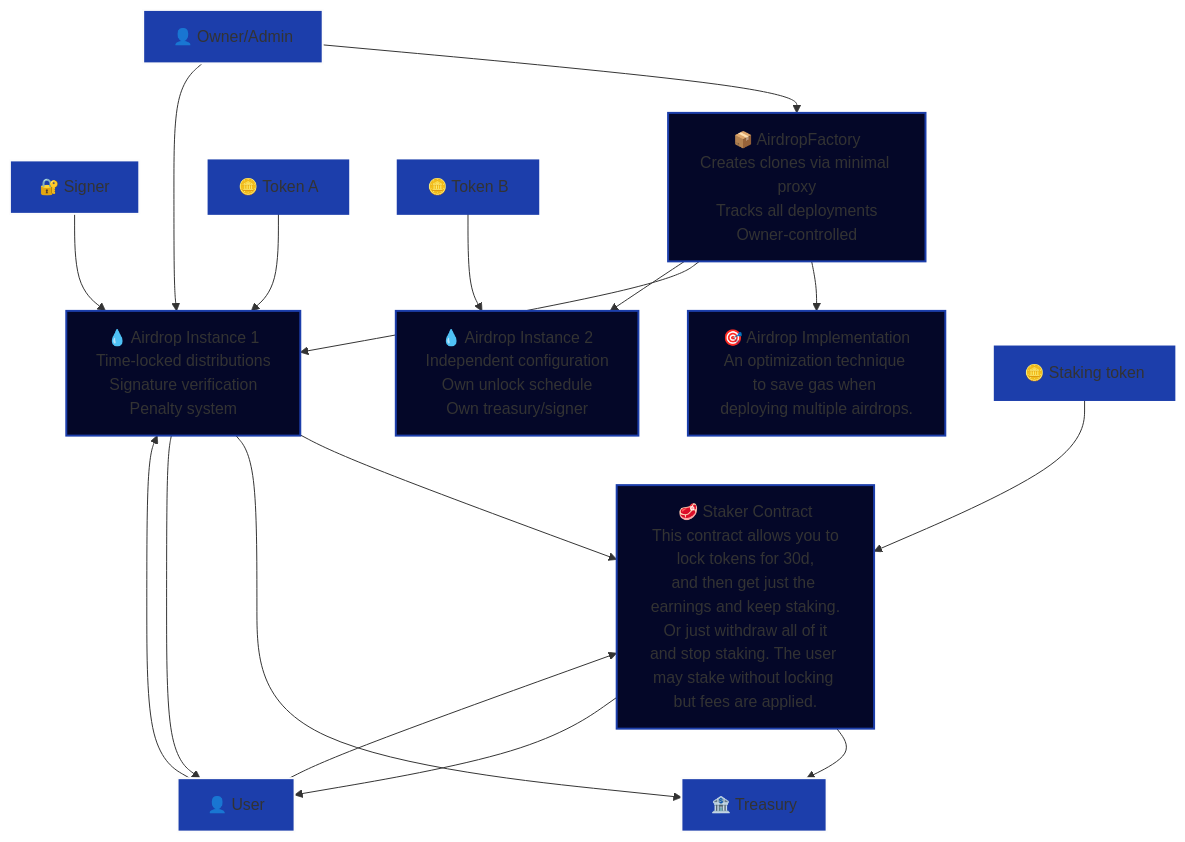
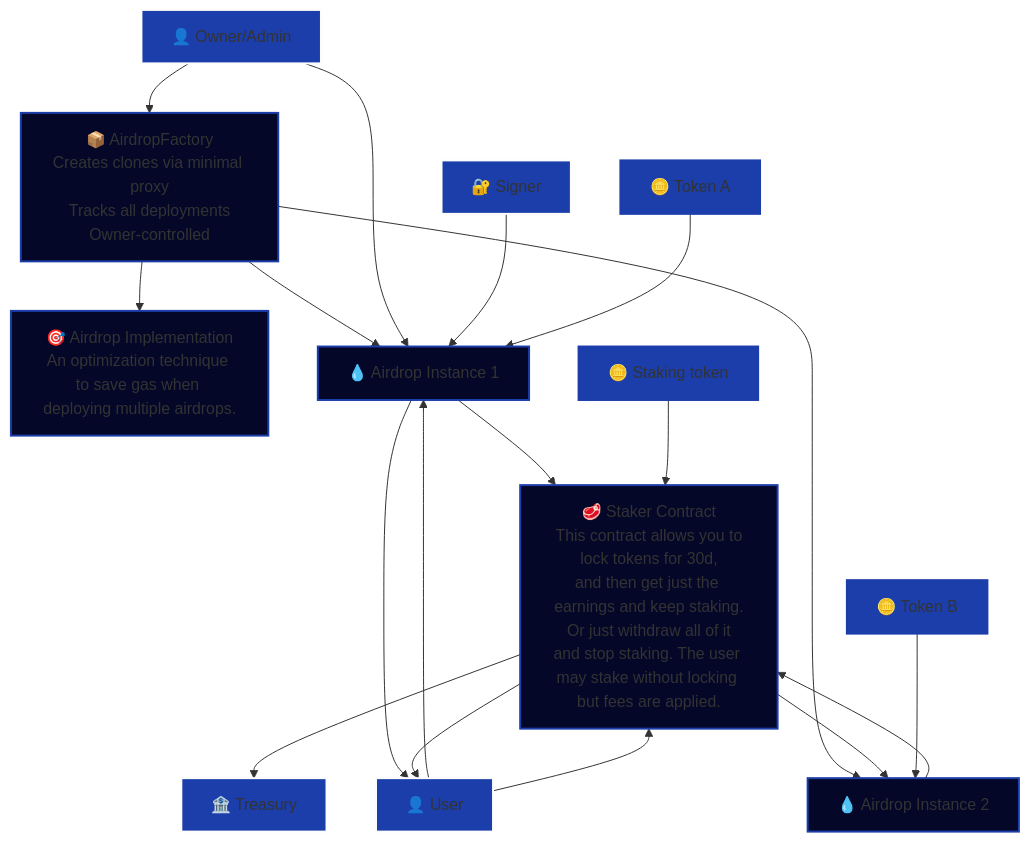
Before and after one commit to dragonswap-app/dragonswap-airdrop-and-staker: the diagram in script/README.md, drawn with Mermaid. The commit also changed other lines of this file, not shown here.

````diff
--- a/script/README.md
+++ b/script/README.md
@@ -196,59 +222,60 @@
 ```mermaid
 graph TB
     %% External Entities
     Owner["👤 Owner/Admin"]
     User["👤 User"]
     Treasury["🏦 Treasury"]
     Signer["🔐 Signer"]
     
     %% Core Contracts
     Factory["📦 AirdropFactory<br/>Creates clones via minimal proxy<br/>Tracks all deployments<br/>Owner-controlled"]
     
     Implementation["🎯 Airdrop Implementation<br/>An optimization technique to save gas when deploying multiple airdrops."]
     
-    AirdropInstance1["💧 Airdrop Instance 1<br/>Time-locked distributions<br/>Signature verification<br/>Penalty system"]
+    AirdropInstance1["💧 Airdrop Instance 1"]
     
-    AirdropInstance2["💧 Airdrop Instance 2<br/>Independent configuration<br/>Own unlock schedule<br/>Own treasury/signer"]
+    AirdropInstance2["💧 Airdrop Instance 2"]
     
     Staker["🥩 Staker Contract<br/> This contract allows you to lock tokens for 30d,</br>and then get just the earnings and keep staking.</br> Or just withdraw all of it and stop staking. The user may stake without locking but fees are applied."]
     
     %% Tokens
     Token1["🪙 Token A"]
     Token2["🪙 Token B"]
     RewardTokens["🪙 Staking token"]
     
     %% Factory Relationships
     Owner --> Factory
     Factory --> Implementation
     Factory --> AirdropInstance1
     Factory --> AirdropInstance2
     
     %% Airdrop Management
     Owner --> AirdropInstance1
     User --> AirdropInstance1
     Signer --> AirdropInstance1
     
     %% Core Flow
     AirdropInstance1 --> Staker
-    AirdropInstance1 --> Treasury
     AirdropInstance1 --> User
     
     %% Staker Operations
     User --> Staker
     Staker --> Treasury
     Staker --> User
+    Staker --> AirdropInstance2
+    AirdropInstance2 --> Staker
     
     %% Token Relationships
     Token1 --> AirdropInstance1
     Token2 --> AirdropInstance2
     RewardTokens --> Staker
     
     %% Styling
     classDef contractClass fill:#040728,stroke:#1c3eab,stroke-width:2px
     classDef userClass fill:#1c3eab,stroke:#fcfcfc,stroke-width:2px
     classDef tokenClass fill:#1c3eab,stroke:#1c3eab,stroke-width:2px
     
     class Factory,Implementation,AirdropInstance1,AirdropInstance2,Staker contractClass
     class Owner,User,Treasury,Signer userClass
     class Token1,Token2,RewardTokens tokenClass
 ```
````
